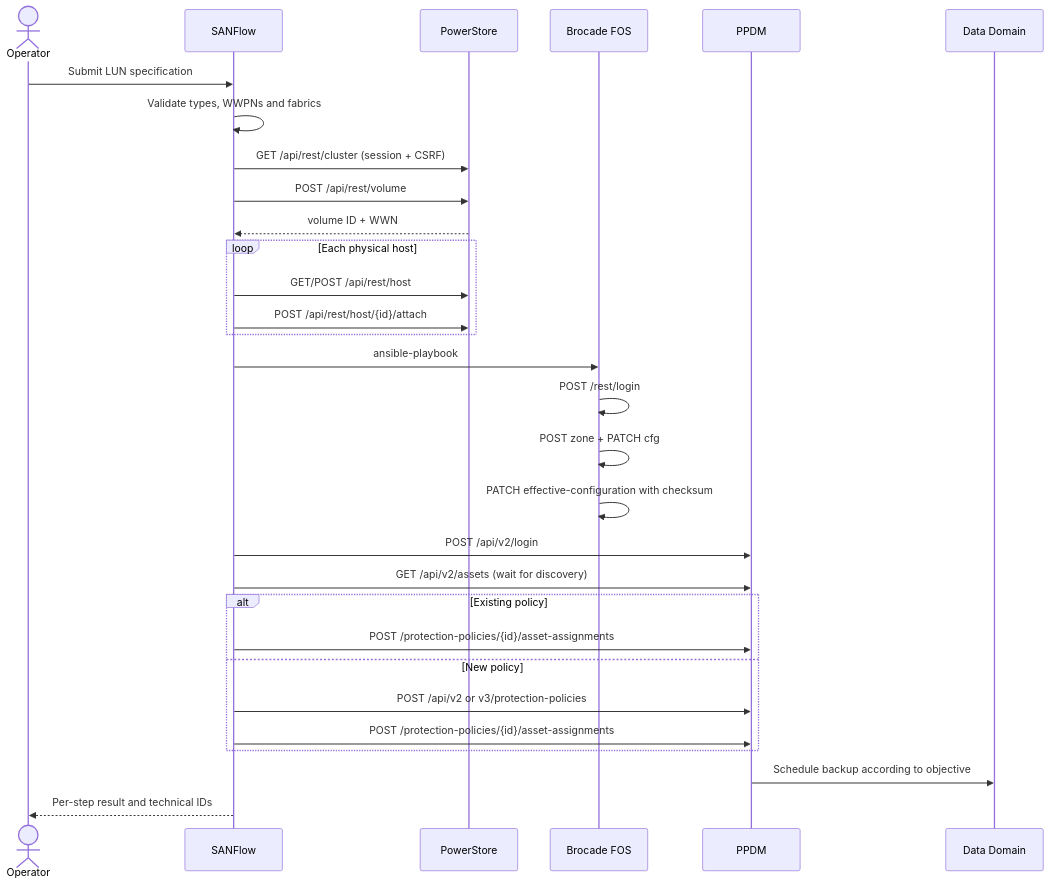
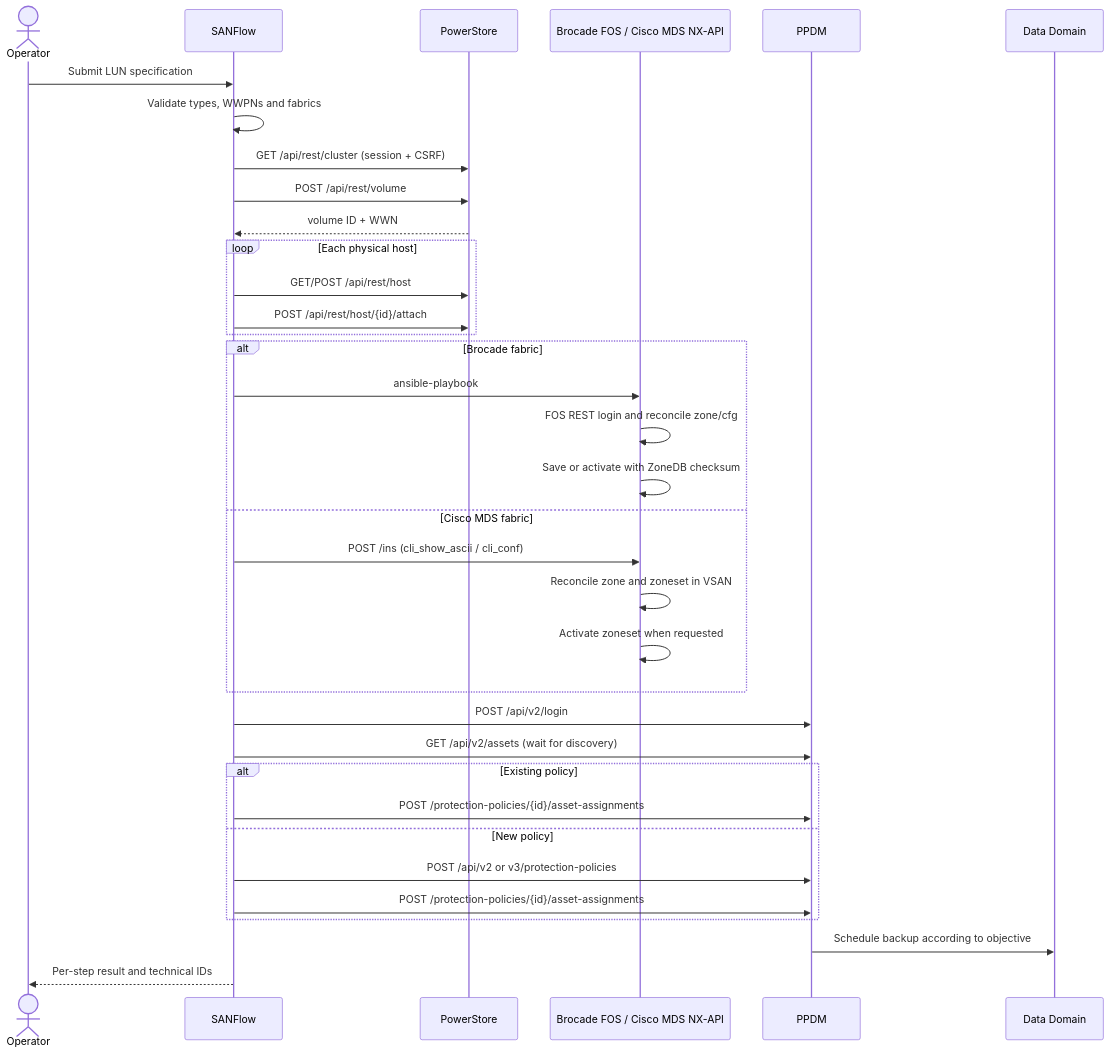
Before and after one commit to AlessandroDaudt/Dell-PPDM-PowerStore: the second of 5 diagrams in README.md, drawn with Mermaid. The commit also changed other lines of this file and 17 other files, not shown here.

Commit message:
feat: add Cisco MDS Fibre Channel zoning

````diff
--- a/README.md
+++ b/README.md
@@ -25,33 +25,38 @@
 ```mermaid
 sequenceDiagram
     actor O as Operator
     participant S as SANFlow
     participant P as PowerStore
-    participant B as Brocade FOS
+    participant B as Brocade FOS / Cisco MDS NX-API
     participant M as PPDM
     participant D as Data Domain
 
     O->>S: Submit LUN specification
     S->>S: Validate types, WWPNs and fabrics
     S->>P: GET /api/rest/cluster (session + CSRF)
     S->>P: POST /api/rest/volume
     P-->>S: volume ID + WWN
     loop Each physical host
         S->>P: GET/POST /api/rest/host
         S->>P: POST /api/rest/host/{id}/attach
     end
-    S->>B: ansible-playbook
-    B->>B: POST /rest/login
-    B->>B: POST zone + PATCH cfg
-    B->>B: PATCH effective-configuration with checksum
+    alt Brocade fabric
+        S->>B: ansible-playbook
+        B->>B: FOS REST login and reconcile zone/cfg
+        B->>B: Save or activate with ZoneDB checksum
+    else Cisco MDS fabric
+        S->>B: POST /ins (cli_show_ascii / cli_conf)
+        B->>B: Reconcile zone and zoneset in VSAN
+        B->>B: Activate zoneset when requested
+    end
     S->>M: POST /api/v2/login
     S->>M: GET /api/v2/assets (wait for discovery)
     alt Existing policy
         S->>M: POST /protection-policies/{id}/asset-assignments
     else New policy
         S->>M: POST /api/v2 or v3/protection-policies
         S->>M: POST /protection-policies/{id}/asset-assignments
     end
     M->>D: Schedule backup according to objective
     S-->>O: Per-step result and technical IDs
 ```
````
